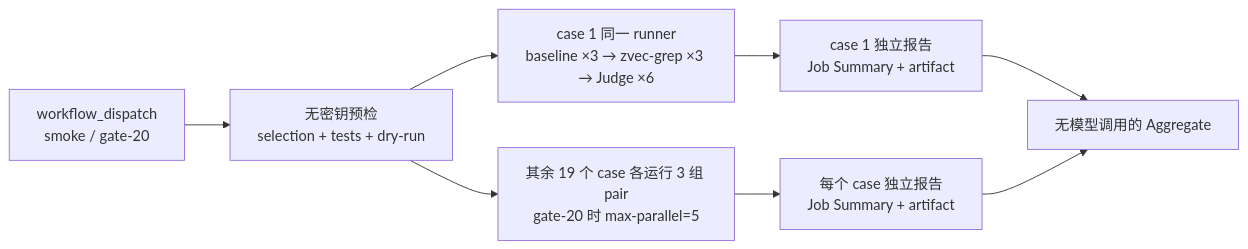
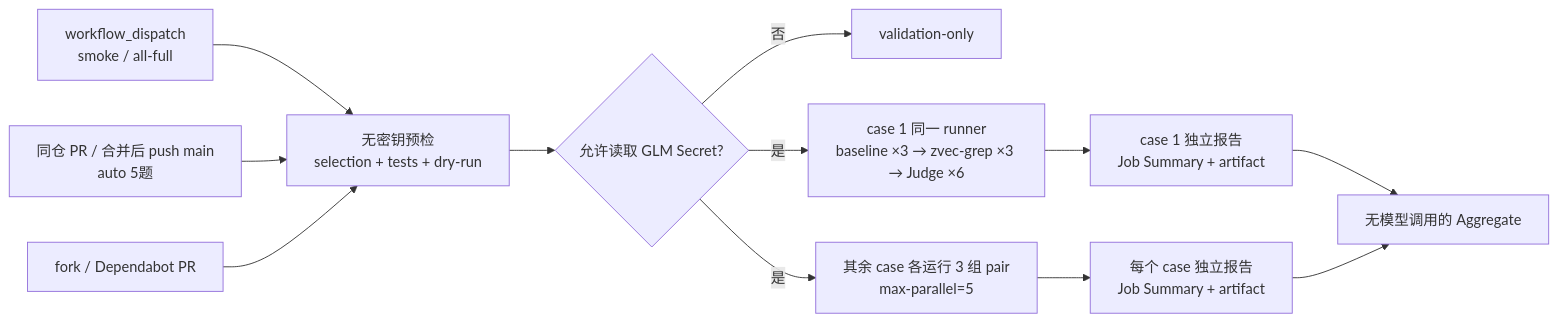
One commit to ayushkumar320/zvec-grep changed the diagram in benchmarks/coding/SWE_QA_CI.md. Above: the diagram before and after it, drawn with Mermaid. The commit also changed other lines of this file and 6 other files, not shown here.

````diff
--- a/benchmarks/coding/SWE_QA_CI.md
+++ b/benchmarks/coding/SWE_QA_CI.md
@@ -36,10 +42,14 @@
 ```mermaid
 flowchart LR
-    D["workflow_dispatch<br/>smoke / gate-20"] --> V["无密钥预检<br/>selection + tests + dry-run"]
-    V --> P1["case 1 同一 runner<br/>baseline ×3 → zvec-grep ×3 → Judge ×6"]
-    V --> P2["其余 19 个 case 各运行 3 组 pair<br/>gate-20 时 max-parallel=5"]
+    D["workflow_dispatch<br/>smoke / all-full"] --> V["无密钥预检<br/>selection + tests + dry-run"]
+    E["同仓 PR / 合并后 push main<br/>auto 5题"] --> V
+    F["fork / Dependabot PR"] --> V
+    V --> C{"允许读取 GLM Secret?"}
+    C -->|"否"| S["validation-only"]
+    C -->|"是"| P1["case 1 同一 runner<br/>baseline ×3 → zvec-grep ×3 → Judge ×6"]
+    C -->|"是"| P2["其余 case 各运行 3 组 pair<br/>max-parallel=5"]
     P1 --> R1["case 1 独立报告<br/>Job Summary + artifact"]
     P2 --> RN["每个 case 独立报告<br/>Job Summary + artifact"]
     R1 --> A["无模型调用的 Aggregate"]
     RN --> A
 ```
````
